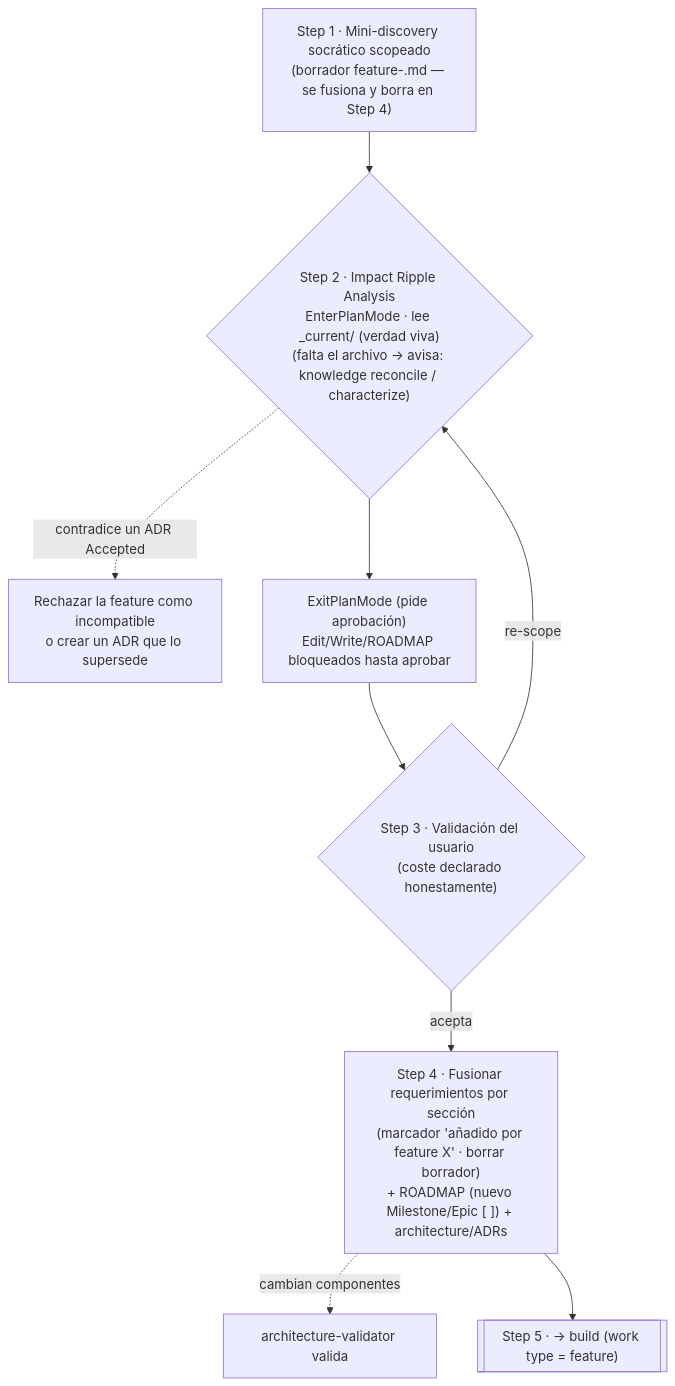
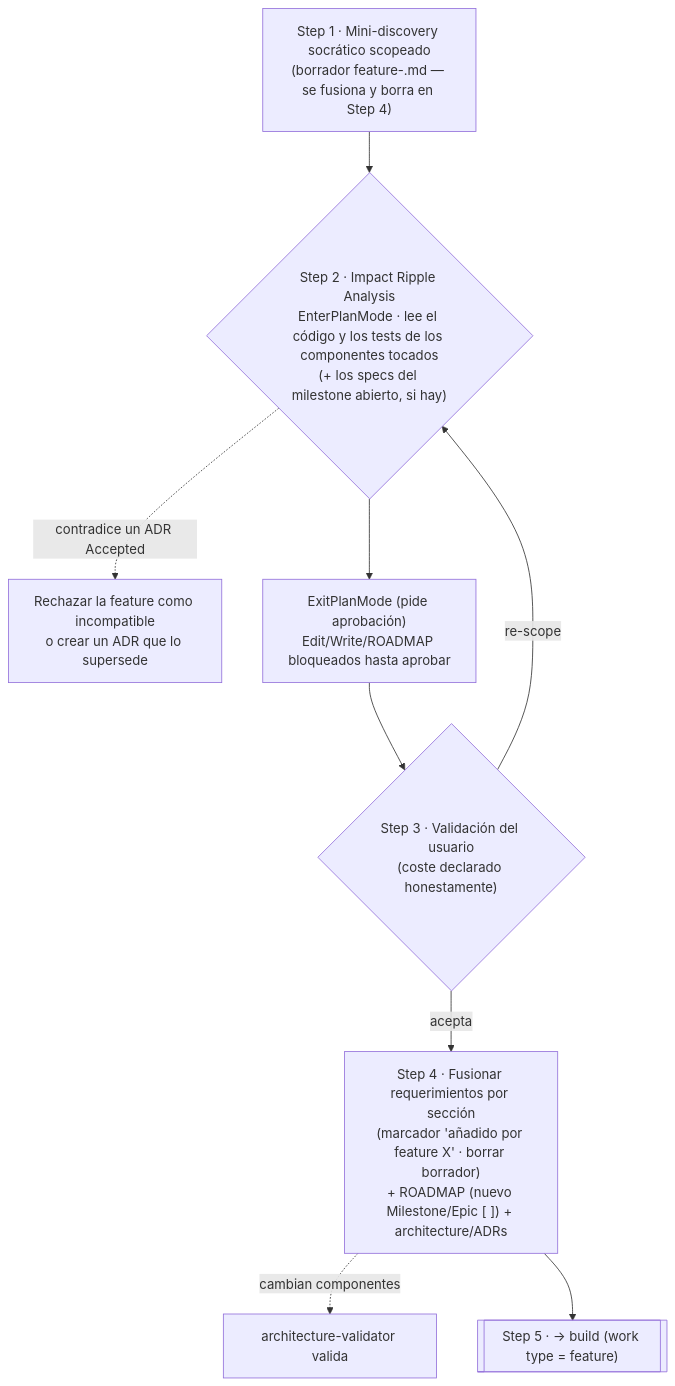
Diagram 19 of 25 in docs/execution-flows.md (FerEscobarDev/Specture), drawn with Mermaid before and after one commit. The commit also changed other lines of this file and 66 other files, not shown here.

````diff
--- a/docs/execution-flows.md
+++ b/docs/execution-flows.md
@@ -723,11 +723,11 @@
 ```mermaid
 flowchart TD
-    S1["Step 1 · Mini-discovery socrático scopeado<br/>(borrador feature-<slug>.md — se fusiona y borra en Step 4)"] --> S2{"Step 2 · Impact Ripple Analysis<br/>EnterPlanMode · lee _current/ (verdad viva)<br/>(falta el archivo → avisa: knowledge reconcile / characterize)"}
+    S1["Step 1 · Mini-discovery socrático scopeado<br/>(borrador feature-<slug>.md — se fusiona y borra en Step 4)"] --> S2{"Step 2 · Impact Ripple Analysis<br/>EnterPlanMode · lee el código y los tests de los componentes tocados<br/>(+ los specs del milestone abierto, si hay)"}
     S2 -.->|"contradice un ADR Accepted"| ADR["Rechazar la feature como incompatible<br/>o crear un ADR que lo supersede"]
     S2 --> EX["ExitPlanMode (pide aprobación)<br/>Edit/Write/ROADMAP bloqueados hasta aprobar"]
     EX --> S3{"Step 3 · Validación del usuario<br/>(coste declarado honestamente)"}
     S3 -->|"re-scope"| S2
     S3 -->|"acepta"| S4["Step 4 · Fusionar requerimientos por sección<br/>(marcador 'añadido por feature X' · borrar borrador)<br/>+ ROADMAP (nuevo Milestone/Epic [ ]) + architecture/ADRs"]
     S4 -.->|"cambian componentes"| AV["architecture-validator valida"]
     S4 --> S5[["Step 5 · → build (work type = feature)"]]
 ```
````
